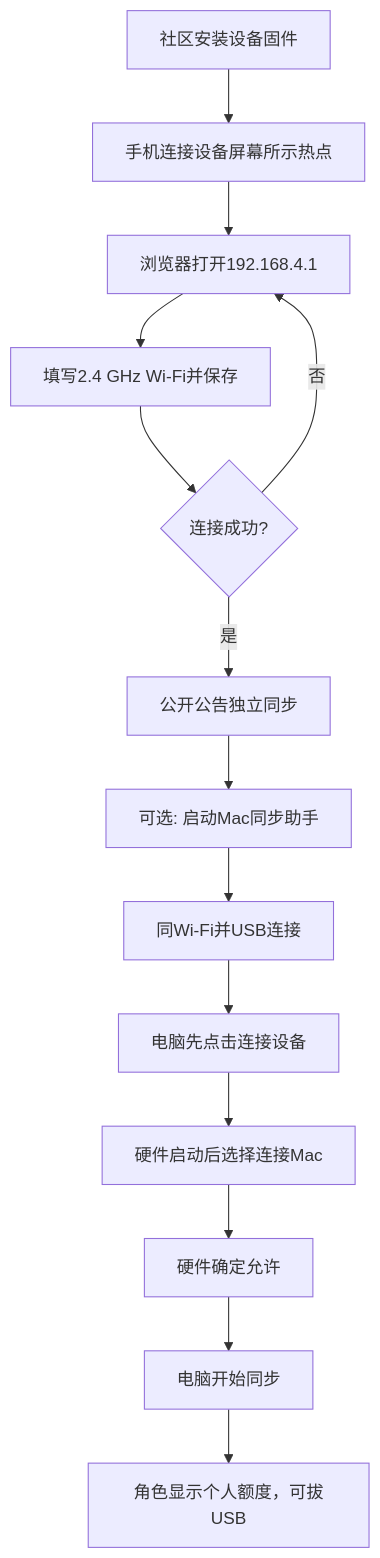
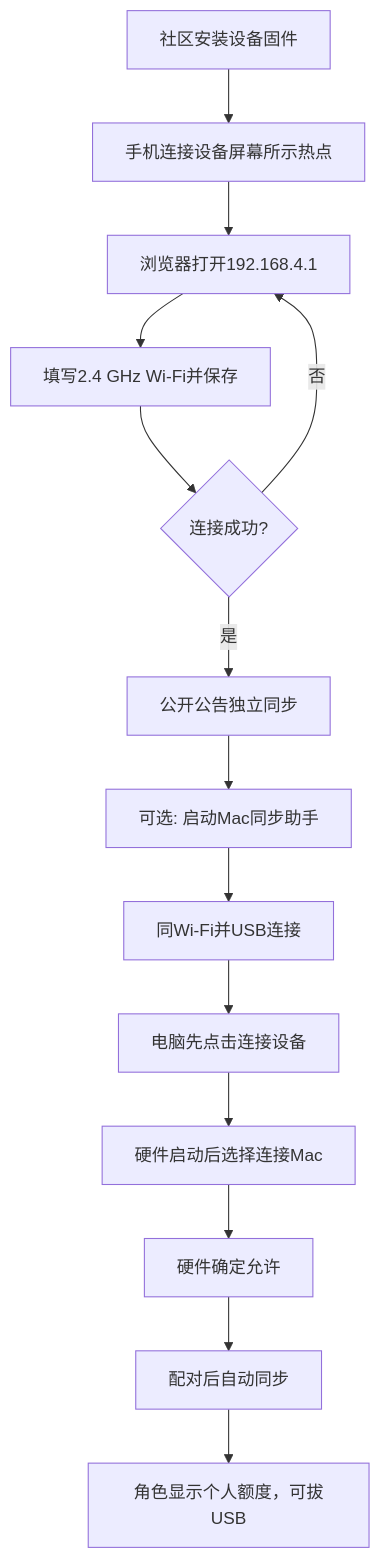
One commit to koi-lee/quota-orbit-aipassport changed the first of 2 diagrams in docs/ai-passport/device-guide/README.zh_CN.md. Above: the diagram before and after it, drawn with Mermaid. The commit also changed other lines of this file and 12 other files, not shown here.

````diff
--- a/docs/ai-passport/device-guide/README.zh_CN.md
+++ b/docs/ai-passport/device-guide/README.zh_CN.md
@@ -46,16 +25,16 @@
 ```mermaid
 flowchart TD
  A[社区安装设备固件] --> B[手机连接设备屏幕所示热点]
  B --> C[浏览器打开192.168.4.1]
  C --> D[填写2.4 GHz Wi-Fi并保存]
  D --> E{连接成功?}
  E -->|否| C
  E -->|是| F[公开公告独立同步]
  F --> G[可选: 启动Mac同步助手]
  G --> H[同Wi-Fi并USB连接]
  H --> I[电脑先点击连接设备]
  I --> J[硬件启动后选择连接Mac]
  J --> K[硬件确定允许]
- K --> L[电脑开始同步]
+ K --> L[配对后自动同步]
  L --> M[角色显示个人额度，可拔USB]
 ```
````
